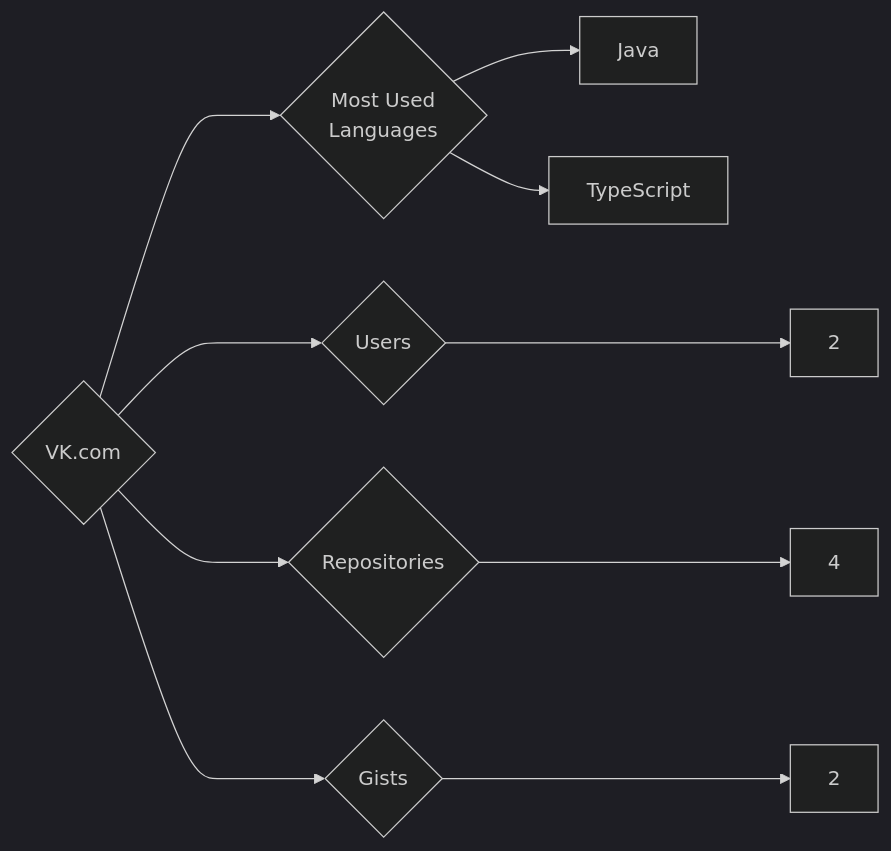
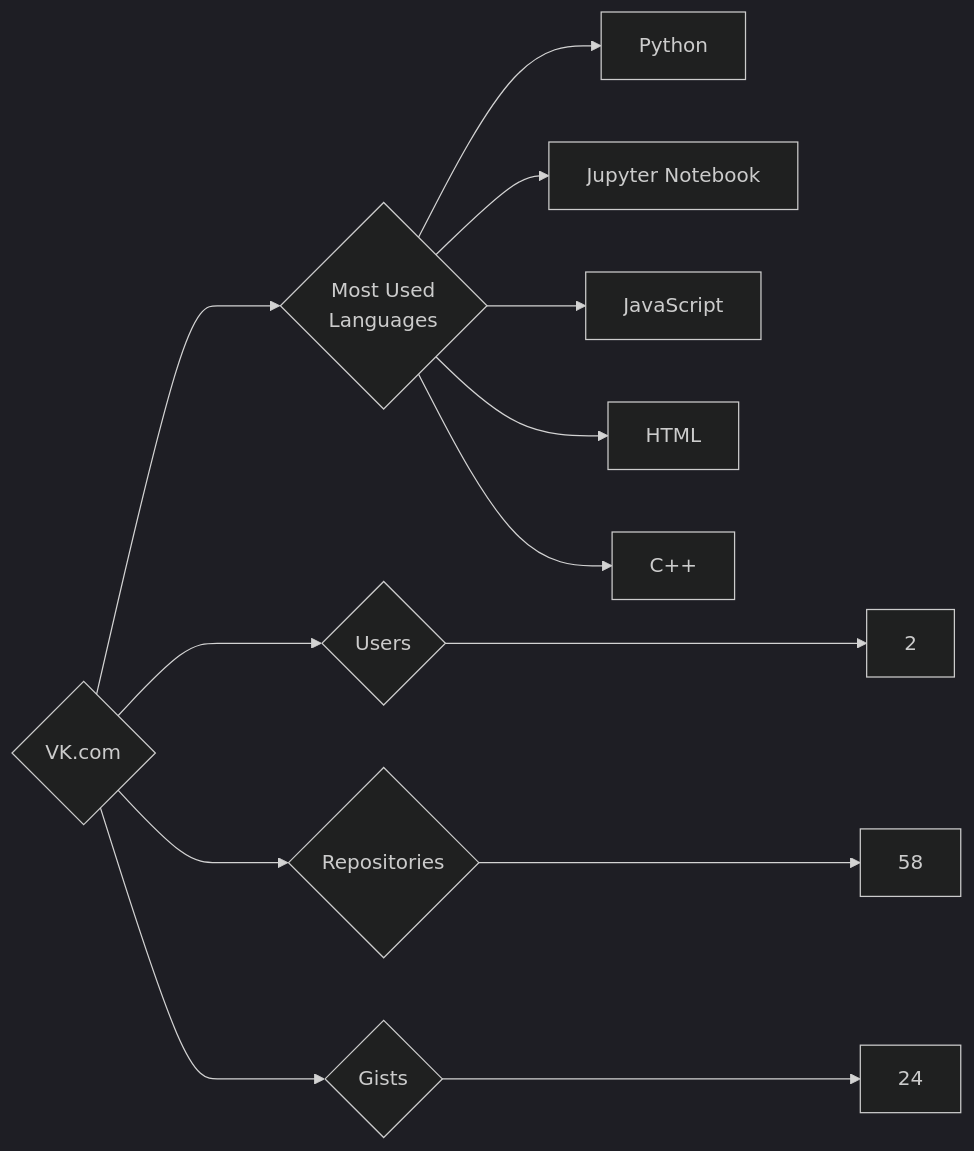
One commit to trickest/insiders changed the diagram in targets/VK.com/README.md. Above: the diagram before and after it, drawn with Mermaid (dark theme). The commit also changed 912 other files, not shown here.

````diff
--- a/targets/VK.com/README.md
+++ b/targets/VK.com/README.md
@@ -3,10 +3,13 @@
 ```mermaid
 graph LR
 COMPANY_NAME{VK.com}
 COMPANY_NAME ---> U{Users} ---> UN[2]
-COMPANY_NAME ---> R{Repositories} ---> RN[4]
-COMPANY_NAME ---> G{Gists} ---> GN[2]
+COMPANY_NAME ---> R{Repositories} ---> RN[58]
+COMPANY_NAME ---> G{Gists} ---> GN[24]
 COMPANY_NAME ---> ML{Most Used<br>Languages}
-ML --> Java[Java]
-ML --> TypeScript[TypeScript]
+ML --> Python[Python]
+ML --> Jupyter_Notebook[Jupyter Notebook]
+ML --> JavaScript[JavaScript]
+ML --> HTML[HTML]
+ML --> C++[C++]
 ```
````
